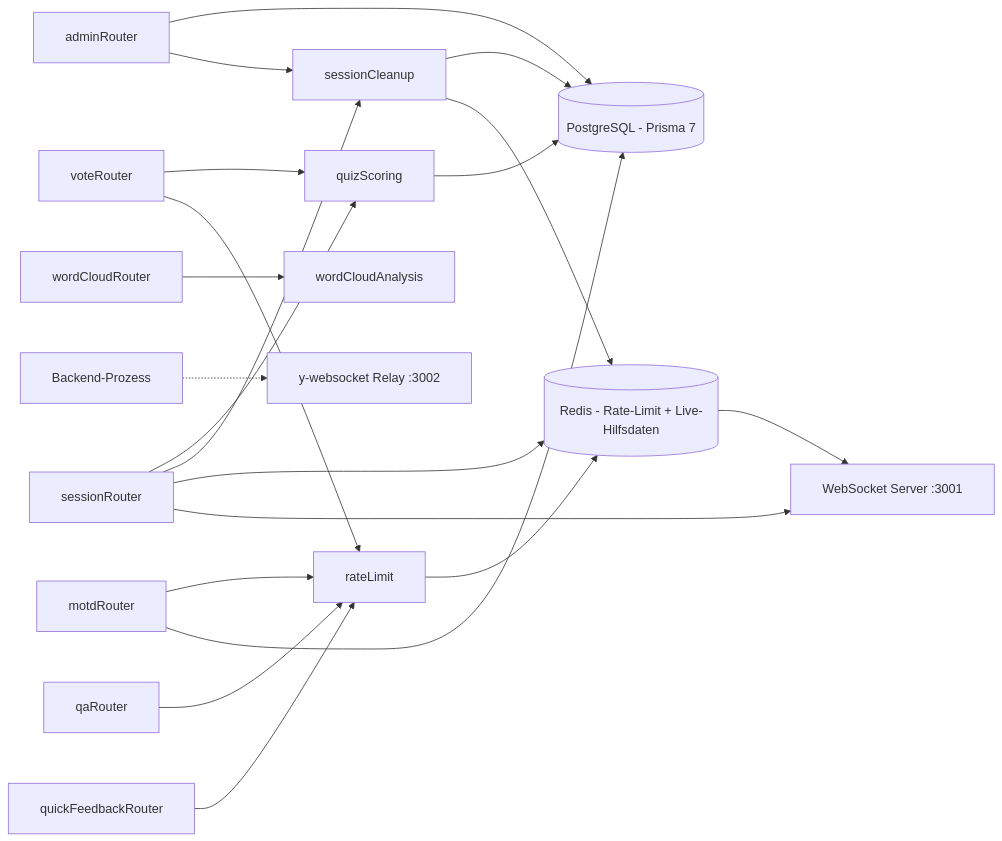
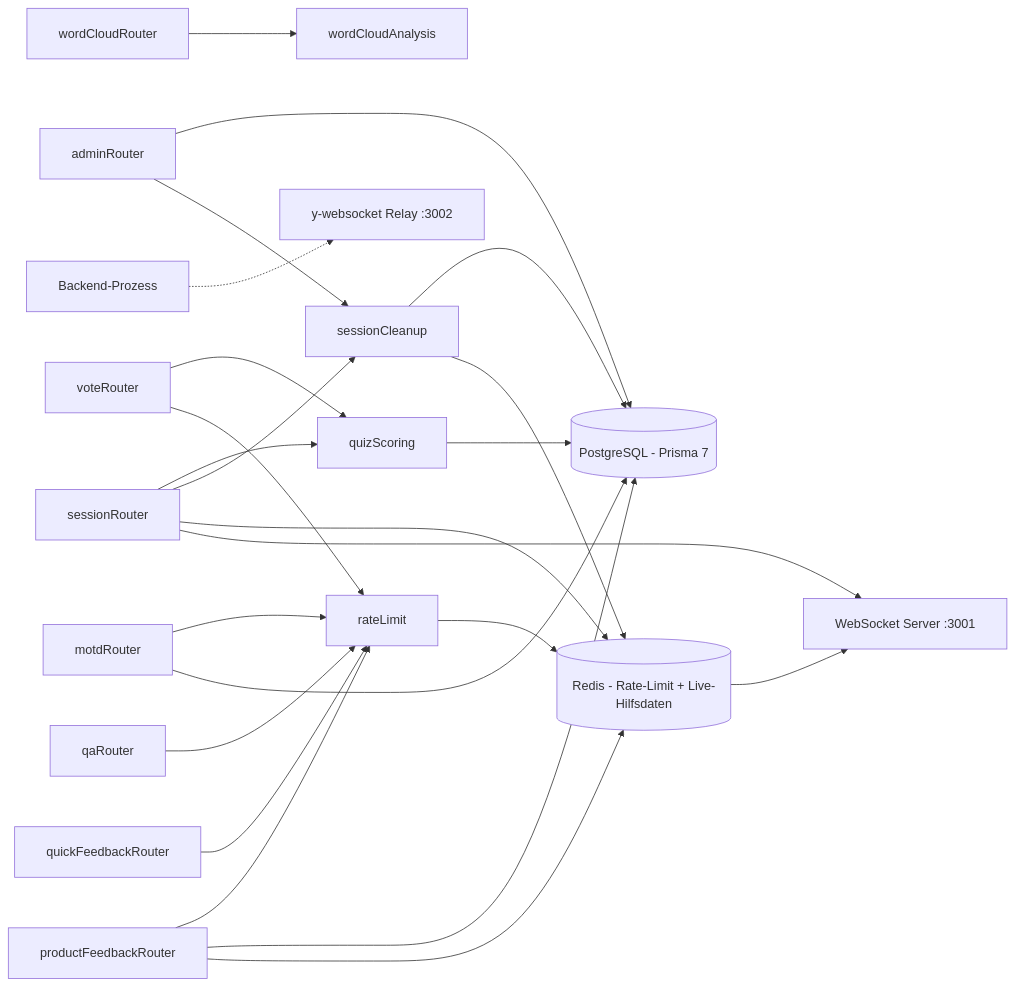
The second of 21 diagrams in docs/diagrams/diagrams.md (kqc-real/arsnova.eu), drawn with Mermaid before and after one commit. The commit also changed other lines of this file and 18 other files, not shown here.

````diff
--- a/docs/diagrams/diagrams.md
+++ b/docs/diagrams/diagrams.md
@@ -100,43 +103,47 @@
 ```mermaid
 %%{init: {'flowchart': {'curve': 'basis', 'nodeSpacing': 64, 'rankSpacing': 92, 'padding': 20}}}%%
 graph LR
     BACKEND_PROC[Backend-Prozess]
     SESSION[sessionRouter]
     VOTE[voteRouter]
     QA[qaRouter]
     QUICKFB[quickFeedbackRouter]
     WORDCLOUD[wordCloudRouter]
     ADMIN[adminRouter]
     MOTD[motdRouter]
+    PRODUCTFB[productFeedbackRouter]
     CLEANUP[sessionCleanup]
     RATELIMIT[rateLimit]
     SCORING[quizScoring]
     WCANALYSIS[wordCloudAnalysis]
 
     PG[(PostgreSQL - Prisma 7)]
     REDIS[(Redis - Rate-Limit + Live-Hilfsdaten)]
     WSS[WebSocket Server :3001]
     YWS[y-websocket Relay :3002]
 
     SESSION --> SCORING
     SESSION --> CLEANUP
     VOTE --> SCORING
     WORDCLOUD --> WCANALYSIS
     VOTE --> RATELIMIT
     QA --> RATELIMIT
     QUICKFB --> RATELIMIT
     MOTD --> RATELIMIT
+    PRODUCTFB --> RATELIMIT
 
     SCORING --> PG
     CLEANUP --> PG
     CLEANUP --> REDIS
     RATELIMIT --> REDIS
     SESSION --> REDIS
     SESSION --> WSS
     ADMIN --> PG
     ADMIN --> CLEANUP
     MOTD --> PG
+    PRODUCTFB --> PG
+    PRODUCTFB --> REDIS
     REDIS --> WSS
     BACKEND_PROC -.-> YWS
 
 ```
````
